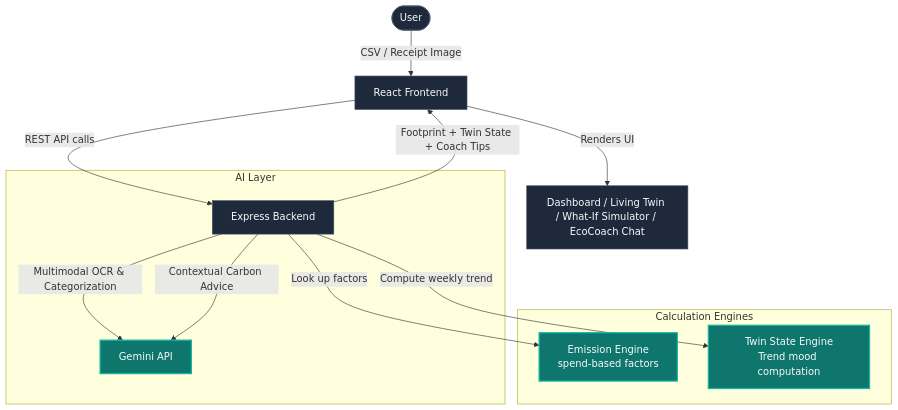
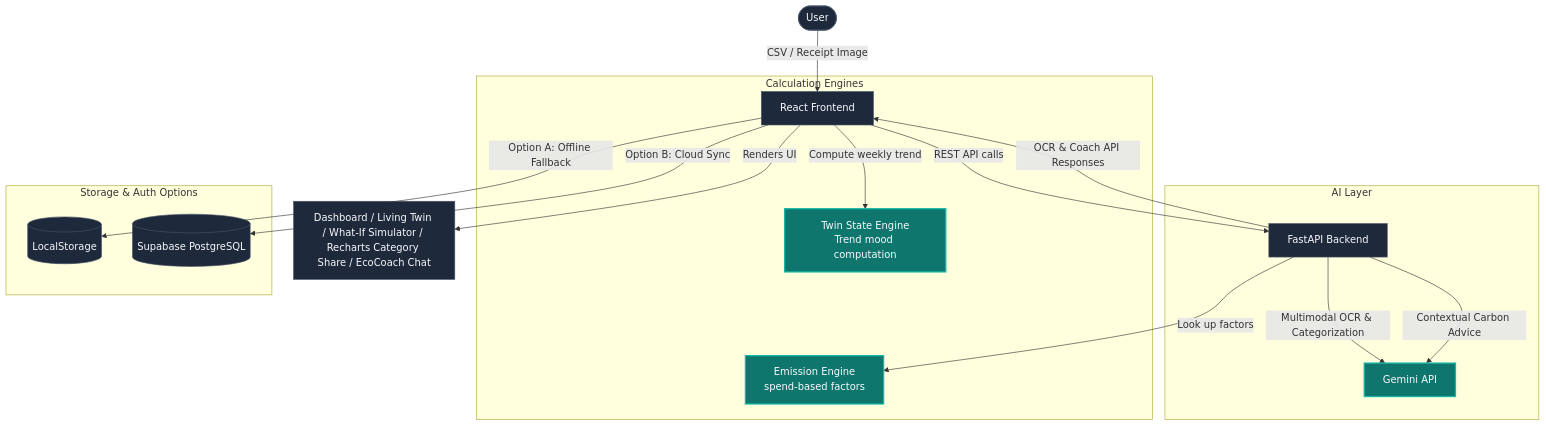
The diagram in README.md (Debddj/EcoTwin), drawn with Mermaid before and after one commit. The commit also changed other lines of this file and 9 other files, not shown here.

Commit message:
Migrate project to React + FastAPI + Gemini + Supabase with Offline Fallback support

````diff
--- a/README.md
+++ b/README.md
@@ -28,22 +28,27 @@
 ```mermaid
 graph TD
     User([User]) -->|CSV / Receipt Image| FE[React Frontend]
-    FE -->|REST API calls| BE[Express Backend]
+    FE -->|REST API calls| BE[FastAPI Backend]
     
     subgraph AI Layer
         BE -->|Multimodal OCR & Categorization| Gemini[Gemini API]
         BE -->|Contextual Carbon Advice| Gemini
     end
 
     subgraph Calculation Engines
         BE -->|Look up factors| EE[Emission Engine<br/>spend-based factors]
-        BE -->|Compute weekly trend| TSE[Twin State Engine<br/>Trend mood computation]
+        FE -->|Compute weekly trend| TSE[Twin State Engine<br/>Trend mood computation]
     end
 
-    BE -->|Footprint + Twin State + Coach Tips| FE
-    FE -->|Renders UI| UI[Dashboard / Living Twin / What-If Simulator / EcoCoach Chat]
+    subgraph Storage & Auth Options
+        FE -->|Option A: Offline Fallback| LS[(LocalStorage)]
+        FE -->|Option B: Cloud Sync| Supabase[(Supabase PostgreSQL)]
+    end
+
+    BE -->|OCR & Coach API Responses| FE
+    FE -->|Renders UI| UI[Dashboard / Living Twin / What-If Simulator / Recharts Category Share / EcoCoach Chat]
     
     classDef default fill:#1e293b,stroke:#475569,stroke-width:1px,color:#f8fafc;
     classDef highlight fill:#0f766e,stroke:#14b8a6,stroke-width:2px,color:#f8fafc;
     class Gemini,TSE,EE highlight;
 ```
````
